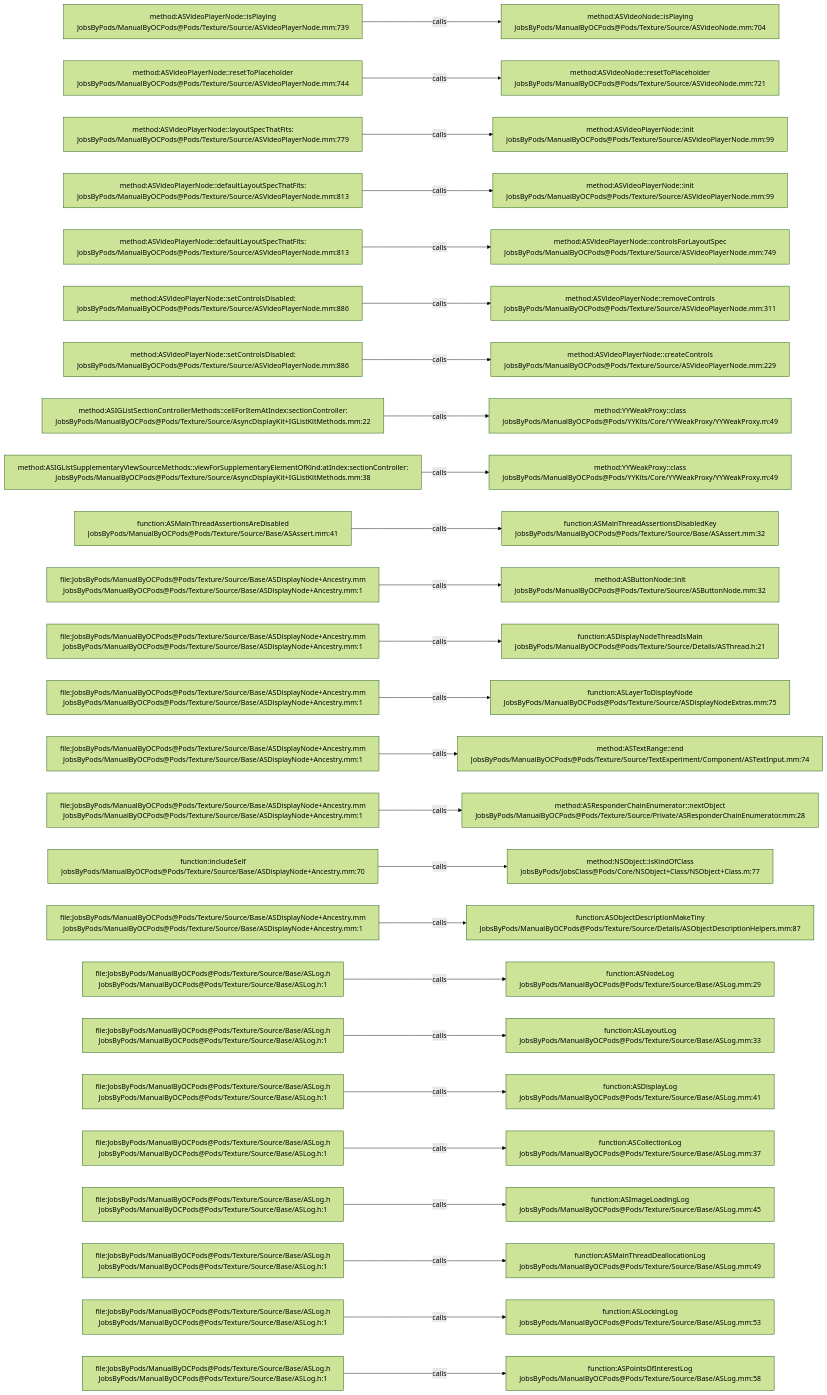
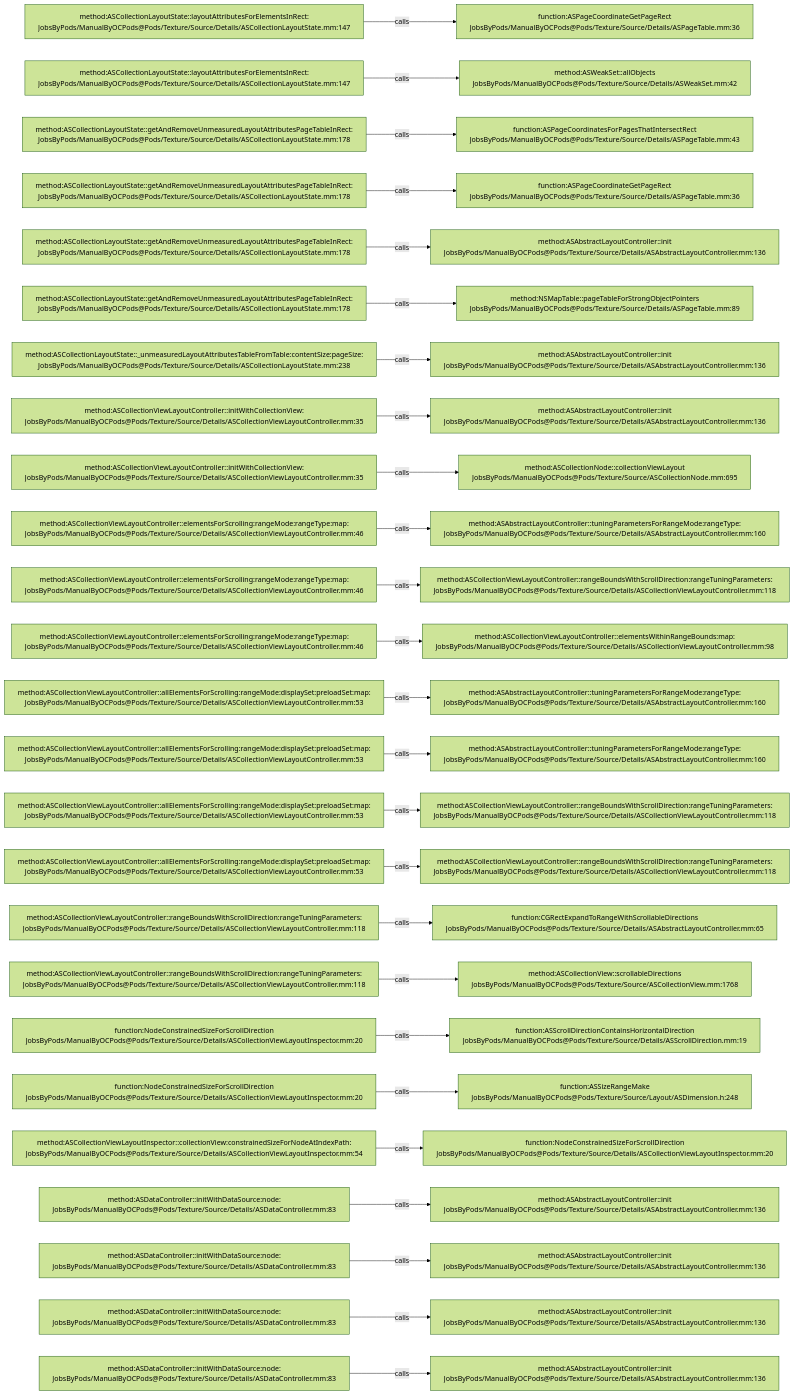
Before and after one commit to JobsKits/JobsOCBaseConfigDemo: the diagram in .codegraph/codegraph.md/graphs/calls-145.md, drawn with Mermaid (forest theme). The commit also changed 1448 other files, not shown here.

````diff
--- a/.codegraph/codegraph.md/graphs/calls-145.md
+++ b/.codegraph/codegraph.md/graphs/calls-145.md
@@ -13,78 +13,78 @@
 ```mermaid
 flowchart LR
-  S1["method:ASVideoPlayerNode::isPlaying<br/>JobsByPods/ManualByOCPods@Pods/Texture/Source/ASVideoPlayerNode.mm:739"]
-  T1["method:ASVideoNode::isPlaying<br/>JobsByPods/ManualByOCPods@Pods/Texture/Source/ASVideoNode.mm:704"]
+  S1["method:ASCollectionLayoutState::layoutAttributesForElementsInRect:<br/>JobsByPods/ManualByOCPods@Pods/Texture/Source/Details/ASCollectionLayoutState.mm:147"]
+  T1["function:ASPageCoordinateGetPageRect<br/>JobsByPods/ManualByOCPods@Pods/Texture/Source/Details/ASPageTable.mm:36"]
   S1 -->|calls| T1
-  S2["method:ASVideoPlayerNode::resetToPlaceholder<br/>JobsByPods/ManualByOCPods@Pods/Texture/Source/ASVideoPlayerNode.mm:744"]
-  T2["method:ASVideoNode::resetToPlaceholder<br/>JobsByPods/ManualByOCPods@Pods/Texture/Source/ASVideoNode.mm:721"]
+  S2["method:ASCollectionLayoutState::layoutAttributesForElementsInRect:<br/>JobsByPods/ManualByOCPods@Pods/Texture/Source/Details/ASCollectionLayoutState.mm:147"]
+  T2["method:ASWeakSet::allObjects<br/>JobsByPods/ManualByOCPods@Pods/Texture/Source/Details/ASWeakSet.mm:42"]
   S2 -->|calls| T2
-  S3["method:ASVideoPlayerNode::layoutSpecThatFits:<br/>JobsByPods/ManualByOCPods@Pods/Texture/Source/ASVideoPlayerNode.mm:779"]
-  T3["method:ASVideoPlayerNode::init<br/>JobsByPods/ManualByOCPods@Pods/Texture/Source/ASVideoPlayerNode.mm:99"]
+  S3["method:ASCollectionLayoutState::getAndRemoveUnmeasuredLayoutAttributesPageTableInRect:<br/>JobsByPods/ManualByOCPods@Pods/Texture/Source/Details/ASCollectionLayoutState.mm:178"]
+  T3["function:ASPageCoordinatesForPagesThatIntersectRect<br/>JobsByPods/ManualByOCPods@Pods/Texture/Source/Details/ASPageTable.mm:43"]
   S3 -->|calls| T3
-  S4["method:ASVideoPlayerNode::defaultLayoutSpecThatFits:<br/>JobsByPods/ManualByOCPods@Pods/Texture/Source/ASVideoPlayerNode.mm:813"]
-  T4["method:ASVideoPlayerNode::init<br/>JobsByPods/ManualByOCPods@Pods/Texture/Source/ASVideoPlayerNode.mm:99"]
+  S4["method:ASCollectionLayoutState::getAndRemoveUnmeasuredLayoutAttributesPageTableInRect:<br/>JobsByPods/ManualByOCPods@Pods/Texture/Source/Details/ASCollectionLayoutState.mm:178"]
+  T4["function:ASPageCoordinateGetPageRect<br/>JobsByPods/ManualByOCPods@Pods/Texture/Source/Details/ASPageTable.mm:36"]
   S4 -->|calls| T4
-  S5["method:ASVideoPlayerNode::defaultLayoutSpecThatFits:<br/>JobsByPods/ManualByOCPods@Pods/Texture/Source/ASVideoPlayerNode.mm:813"]
-  T5["method:ASVideoPlayerNode::controlsForLayoutSpec<br/>JobsByPods/ManualByOCPods@Pods/Texture/Source/ASVideoPlayerNode.mm:749"]
+  S5["method:ASCollectionLayoutState::getAndRemoveUnmeasuredLayoutAttributesPageTableInRect:<br/>JobsByPods/ManualByOCPods@Pods/Texture/Source/Details/ASCollectionLayoutState.mm:178"]
+  T5["method:ASAbstractLayoutController::init<br/>JobsByPods/ManualByOCPods@Pods/Texture/Source/Details/ASAbstractLayoutController.mm:136"]
   S5 -->|calls| T5
-  S6["method:ASVideoPlayerNode::setControlsDisabled:<br/>JobsByPods/ManualByOCPods@Pods/Texture/Source/ASVideoPlayerNode.mm:886"]
-  T6["method:ASVideoPlayerNode::removeControls<br/>JobsByPods/ManualByOCPods@Pods/Texture/Source/ASVideoPlayerNode.mm:311"]
+  S6["method:ASCollectionLayoutState::getAndRemoveUnmeasuredLayoutAttributesPageTableInRect:<br/>JobsByPods/ManualByOCPods@Pods/Texture/Source/Details/ASCollectionLayoutState.mm:178"]
+  T6["method:NSMapTable::pageTableForStrongObjectPointers<br/>JobsByPods/ManualByOCPods@Pods/Texture/Source/Details/ASPageTable.mm:89"]
   S6 -->|calls| T6
-  S7["method:ASVideoPlayerNode::setControlsDisabled:<br/>JobsByPods/ManualByOCPods@Pods/Texture/Source/ASVideoPlayerNode.mm:886"]
-  T7["method:ASVideoPlayerNode::createControls<br/>JobsByPods/ManualByOCPods@Pods/Texture/Source/ASVideoPlayerNode.mm:229"]
+  S7["method:ASCollectionLayoutState::_unmeasuredLayoutAttributesTableFromTable:contentSize:pageSize:<br/>JobsByPods/ManualByOCPods@Pods/Texture/Source/Details/ASCollectionLayoutState.mm:238"]
+  T7["method:ASAbstractLayoutController::init<br/>JobsByPods/ManualByOCPods@Pods/Texture/Source/Details/ASAbstractLayoutController.mm:136"]
   S7 -->|calls| T7
-  S8["method:ASIGListSectionControllerMethods::cellForItemAtIndex:sectionController:<br/>JobsByPods/ManualByOCPods@Pods/Texture/Source/AsyncDisplayKit+IGListKitMethods.mm:22"]
-  T8["method:YYWeakProxy::class<br/>JobsByPods/ManualByOCPods@Pods/YYKits/Core/YYWeakProxy/YYWeakProxy.m:49"]
+  S8["method:ASCollectionViewLayoutController::initWithCollectionView:<br/>JobsByPods/ManualByOCPods@Pods/Texture/Source/Details/ASCollectionViewLayoutController.mm:35"]
+  T8["method:ASAbstractLayoutController::init<br/>JobsByPods/ManualByOCPods@Pods/Texture/Source/Details/ASAbstractLayoutController.mm:136"]
   S8 -->|calls| T8
-  S9["method:ASIGListSupplementaryViewSourceMethods::viewForSupplementaryElementOfKind:atIndex:sectionController:<br/>JobsByPods/ManualByOCPods@Pods/Texture/Source/AsyncDisplayKit+IGListKitMethods.mm:38"]
-  T9["method:YYWeakProxy::class<br/>JobsByPods/ManualByOCPods@Pods/YYKits/Core/YYWeakProxy/YYWeakProxy.m:49"]
+  S9["method:ASCollectionViewLayoutController::initWithCollectionView:<br/>JobsByPods/ManualByOCPods@Pods/Texture/Source/Details/ASCollectionViewLayoutController.mm:35"]
+  T9["method:ASCollectionNode::collectionViewLayout<br/>JobsByPods/ManualByOCPods@Pods/Texture/Source/ASCollectionNode.mm:695"]
   S9 -->|calls| T9
-  S10["function:ASMainThreadAssertionsAreDisabled<br/>JobsByPods/ManualByOCPods@Pods/Texture/Source/Base/ASAssert.mm:41"]
-  T10["function:ASMainThreadAssertionsDisabledKey<br/>JobsByPods/ManualByOCPods@Pods/Texture/Source/Base/ASAssert.mm:32"]
+  S10["method:ASCollectionViewLayoutController::elementsForScrolling:rangeMode:rangeType:map:<br/>JobsByPods/ManualByOCPods@Pods/Texture/Source/Details/ASCollectionViewLayoutController.mm:46"]
+  T10["method:ASAbstractLayoutController::tuningParametersForRangeMode:rangeType:<br/>JobsByPods/ManualByOCPods@Pods/Texture/Source/Details/ASAbstractLayoutController.mm:160"]
   S10 -->|calls| T10
-  S11["file:JobsByPods/ManualByOCPods@Pods/Texture/Source/Base/ASDisplayNode+Ancestry.mm<br/>JobsByPods/ManualByOCPods@Pods/Texture/Source/Base/ASDisplayNode+Ancestry.mm:1"]
-  T11["method:ASButtonNode::init<br/>JobsByPods/ManualByOCPods@Pods/Texture/Source/ASButtonNode.mm:32"]
+  S11["method:ASCollectionViewLayoutController::elementsForScrolling:rangeMode:rangeType:map:<br/>JobsByPods/ManualByOCPods@Pods/Texture/Source/Details/ASCollectionViewLayoutController.mm:46"]
+  T11["method:ASCollectionViewLayoutController::rangeBoundsWithScrollDirection:rangeTuningParameters:<br/>JobsByPods/ManualByOCPods@Pods/Texture/Source/Details/ASCollectionViewLayoutController.mm:118"]
   S11 -->|calls| T11
-  S12["file:JobsByPods/ManualByOCPods@Pods/Texture/Source/Base/ASDisplayNode+Ancestry.mm<br/>JobsByPods/ManualByOCPods@Pods/Texture/Source/Base/ASDisplayNode+Ancestry.mm:1"]
-  T12["function:ASDisplayNodeThreadIsMain<br/>JobsByPods/ManualByOCPods@Pods/Texture/Source/Details/ASThread.h:21"]
+  S12["method:ASCollectionViewLayoutController::elementsForScrolling:rangeMode:rangeType:map:<br/>JobsByPods/ManualByOCPods@Pods/Texture/Source/Details/ASCollectionViewLayoutController.mm:46"]
+  T12["method:ASCollectionViewLayoutController::elementsWithinRangeBounds:map:<br/>JobsByPods/ManualByOCPods@Pods/Texture/Source/Details/ASCollectionViewLayoutController.mm:98"]
   S12 -->|calls| T12
-  S13["file:JobsByPods/ManualByOCPods@Pods/Texture/Source/Base/ASDisplayNode+Ancestry.mm<br/>JobsByPods/ManualByOCPods@Pods/Texture/Source/Base/ASDisplayNode+Ancestry.mm:1"]
-  T13["function:ASLayerToDisplayNode<br/>JobsByPods/ManualByOCPods@Pods/Texture/Source/ASDisplayNodeExtras.mm:75"]
+  S13["method:ASCollectionViewLayoutController::allElementsForScrolling:rangeMode:displaySet:preloadSet:map:<br/>JobsByPods/ManualByOCPods@Pods/Texture/Source/Details/ASCollectionViewLayoutController.mm:53"]
+  T13["method:ASAbstractLayoutController::tuningParametersForRangeMode:rangeType:<br/>JobsByPods/ManualByOCPods@Pods/Texture/Source/Details/ASAbstractLayoutController.mm:160"]
   S13 -->|calls| T13
-  S14["file:JobsByPods/ManualByOCPods@Pods/Texture/Source/Base/ASDisplayNode+Ancestry.mm<br/>JobsByPods/ManualByOCPods@Pods/Texture/Source/Base/ASDisplayNode+Ancestry.mm:1"]
-  T14["method:ASTextRange::end<br/>JobsByPods/ManualByOCPods@Pods/Texture/Source/TextExperiment/Component/ASTextInput.mm:74"]
+  S14["method:ASCollectionViewLayoutController::allElementsForScrolling:rangeMode:displaySet:preloadSet:map:<br/>JobsByPods/ManualByOCPods@Pods/Texture/Source/Details/ASCollectionViewLayoutController.mm:53"]
+  T14["method:ASAbstractLayoutController::tuningParametersForRangeMode:rangeType:<br/>JobsByPods/ManualByOCPods@Pods/Texture/Source/Details/ASAbstractLayoutController.mm:160"]
   S14 -->|calls| T14
-  S15["file:JobsByPods/ManualByOCPods@Pods/Texture/Source/Base/ASDisplayNode+Ancestry.mm<br/>JobsByPods/ManualByOCPods@Pods/Texture/Source/Base/ASDisplayNode+Ancestry.mm:1"]
-  T15["method:ASResponderChainEnumerator::nextObject<br/>JobsByPods/ManualByOCPods@Pods/Texture/Source/Private/ASResponderChainEnumerator.mm:28"]
+  S15["method:ASCollectionViewLayoutController::allElementsForScrolling:rangeMode:displaySet:preloadSet:map:<br/>JobsByPods/ManualByOCPods@Pods/Texture/Source/Details/ASCollectionViewLayoutController.mm:53"]
+  T15["method:ASCollectionViewLayoutController::rangeBoundsWithScrollDirection:rangeTuningParameters:<br/>JobsByPods/ManualByOCPods@Pods/Texture/Source/Details/ASCollectionViewLayoutController.mm:118"]
   S15 -->|calls| T15
-  S16["function:includeSelf<br/>JobsByPods/ManualByOCPods@Pods/Texture/Source/Base/ASDisplayNode+Ancestry.mm:70"]
-  T16["method:NSObject::isKindOfClass<br/>JobsByPods/JobsClass@Pods/Core/NSObject+Class/NSObject+Class.m:77"]
+  S16["method:ASCollectionViewLayoutController::allElementsForScrolling:rangeMode:displaySet:preloadSet:map:<br/>JobsByPods/ManualByOCPods@Pods/Texture/Source/Details/ASCollectionViewLayoutController.mm:53"]
+  T16["method:ASCollectionViewLayoutController::rangeBoundsWithScrollDirection:rangeTuningParameters:<br/>JobsByPods/ManualByOCPods@Pods/Texture/Source/Details/ASCollectionViewLayoutController.mm:118"]
   S16 -->|calls| T16
-  S17["file:JobsByPods/ManualByOCPods@Pods/Texture/Source/Base/ASDisplayNode+Ancestry.mm<br/>JobsByPods/ManualByOCPods@Pods/Texture/Source/Base/ASDisplayNode+Ancestry.mm:1"]
-  T17["function:ASObjectDescriptionMakeTiny<br/>JobsByPods/ManualByOCPods@Pods/Texture/Source/Details/ASObjectDescriptionHelpers.mm:87"]
+  S17["method:ASCollectionViewLayoutController::rangeBoundsWithScrollDirection:rangeTuningParameters:<br/>JobsByPods/ManualByOCPods@Pods/Texture/Source/Details/ASCollectionViewLayoutController.mm:118"]
+  T17["function:CGRectExpandToRangeWithScrollableDirections<br/>JobsByPods/ManualByOCPods@Pods/Texture/Source/Details/ASAbstractLayoutController.mm:65"]
   S17 -->|calls| T17
-  S18["file:JobsByPods/ManualByOCPods@Pods/Texture/Source/Base/ASLog.h<br/>JobsByPods/ManualByOCPods@Pods/Texture/Source/Base/ASLog.h:1"]
-  T18["function:ASNodeLog<br/>JobsByPods/ManualByOCPods@Pods/Texture/Source/Base/ASLog.mm:29"]
+  S18["method:ASCollectionViewLayoutController::rangeBoundsWithScrollDirection:rangeTuningParameters:<br/>JobsByPods/ManualByOCPods@Pods/Texture/Source/Details/ASCollectionViewLayoutController.mm:118"]
+  T18["method:ASCollectionView::scrollableDirections<br/>JobsByPods/ManualByOCPods@Pods/Texture/Source/ASCollectionView.mm:1768"]
   S18 -->|calls| T18
-  S19["file:JobsByPods/ManualByOCPods@Pods/Texture/Source/Base/ASLog.h<br/>JobsByPods/ManualByOCPods@Pods/Texture/Source/Base/ASLog.h:1"]
-  T19["function:ASLayoutLog<br/>JobsByPods/ManualByOCPods@Pods/Texture/Source/Base/ASLog.mm:33"]
+  S19["function:NodeConstrainedSizeForScrollDirection<br/>JobsByPods/ManualByOCPods@Pods/Texture/Source/Details/ASCollectionViewLayoutInspector.mm:20"]
+  T19["function:ASScrollDirectionContainsHorizontalDirection<br/>JobsByPods/ManualByOCPods@Pods/Texture/Source/Details/ASScrollDirection.mm:19"]
   S19 -->|calls| T19
-  S20["file:JobsByPods/ManualByOCPods@Pods/Texture/Source/Base/ASLog.h<br/>JobsByPods/ManualByOCPods@Pods/Texture/Source/Base/ASLog.h:1"]
-  T20["function:ASDisplayLog<br/>JobsByPods/ManualByOCPods@Pods/Texture/Source/Base/ASLog.mm:41"]
+  S20["function:NodeConstrainedSizeForScrollDirection<br/>JobsByPods/ManualByOCPods@Pods/Texture/Source/Details/ASCollectionViewLayoutInspector.mm:20"]
+  T20["function:ASSizeRangeMake<br/>JobsByPods/ManualByOCPods@Pods/Texture/Source/Layout/ASDimension.h:248"]
   S20 -->|calls| T20
-  S21["file:JobsByPods/ManualByOCPods@Pods/Texture/Source/Base/ASLog.h<br/>JobsByPods/ManualByOCPods@Pods/Texture/Source/Base/ASLog.h:1"]
-  T21["function:ASCollectionLog<br/>JobsByPods/ManualByOCPods@Pods/Texture/Source/Base/ASLog.mm:37"]
+  S21["method:ASCollectionViewLayoutInspector::collectionView:constrainedSizeForNodeAtIndexPath:<br/>JobsByPods/ManualByOCPods@Pods/Texture/Source/Details/ASCollectionViewLayoutInspector.mm:54"]
+  T21["function:NodeConstrainedSizeForScrollDirection<br/>JobsByPods/ManualByOCPods@Pods/Texture/Source/Details/ASCollectionViewLayoutInspector.mm:20"]
   S21 -->|calls| T21
-  S22["file:JobsByPods/ManualByOCPods@Pods/Texture/Source/Base/ASLog.h<br/>JobsByPods/ManualByOCPods@Pods/Texture/Source/Base/ASLog.h:1"]
-  T22["function:ASImageLoadingLog<br/>JobsByPods/ManualByOCPods@Pods/Texture/Source/Base/ASLog.mm:45"]
+  S22["method:ASDataController::initWithDataSource:node:<br/>JobsByPods/ManualByOCPods@Pods/Texture/Source/Details/ASDataController.mm:83"]
+  T22["method:ASAbstractLayoutController::init<br/>JobsByPods/ManualByOCPods@Pods/Texture/Source/Details/ASAbstractLayoutController.mm:136"]
   S22 -->|calls| T22
-  S23["file:JobsByPods/ManualByOCPods@Pods/Texture/Source/Base/ASLog.h<br/>JobsByPods/ManualByOCPods@Pods/Texture/Source/Base/ASLog.h:1"]
-  T23["function:ASMainThreadDeallocationLog<br/>JobsByPods/ManualByOCPods@Pods/Texture/Source/Base/ASLog.mm:49"]
+  S23["method:ASDataController::initWithDataSource:node:<br/>JobsByPods/ManualByOCPods@Pods/Texture/Source/Details/ASDataController.mm:83"]
+  T23["method:ASAbstractLayoutController::init<br/>JobsByPods/ManualByOCPods@Pods/Texture/Source/Details/ASAbstractLayoutController.mm:136"]
   S23 -->|calls| T23
-  S24["file:JobsByPods/ManualByOCPods@Pods/Texture/Source/Base/ASLog.h<br/>JobsByPods/ManualByOCPods@Pods/Texture/Source/Base/ASLog.h:1"]
-  T24["function:ASLockingLog<br/>JobsByPods/ManualByOCPods@Pods/Texture/Source/Base/ASLog.mm:53"]
+  S24["method:ASDataController::initWithDataSource:node:<br/>JobsByPods/ManualByOCPods@Pods/Texture/Source/Details/ASDataController.mm:83"]
+  T24["method:ASAbstractLayoutController::init<br/>JobsByPods/ManualByOCPods@Pods/Texture/Source/Details/ASAbstractLayoutController.mm:136"]
   S24 -->|calls| T24
-  S25["file:JobsByPods/ManualByOCPods@Pods/Texture/Source/Base/ASLog.h<br/>JobsByPods/ManualByOCPods@Pods/Texture/Source/Base/ASLog.h:1"]
-  T25["function:ASPointsOfInterestLog<br/>JobsByPods/ManualByOCPods@Pods/Texture/Source/Base/ASLog.mm:58"]
+  S25["method:ASDataController::initWithDataSource:node:<br/>JobsByPods/ManualByOCPods@Pods/Texture/Source/Details/ASDataController.mm:83"]
+  T25["method:ASAbstractLayoutController::init<br/>JobsByPods/ManualByOCPods@Pods/Texture/Source/Details/ASAbstractLayoutController.mm:136"]
   S25 -->|calls| T25
 ```
````
